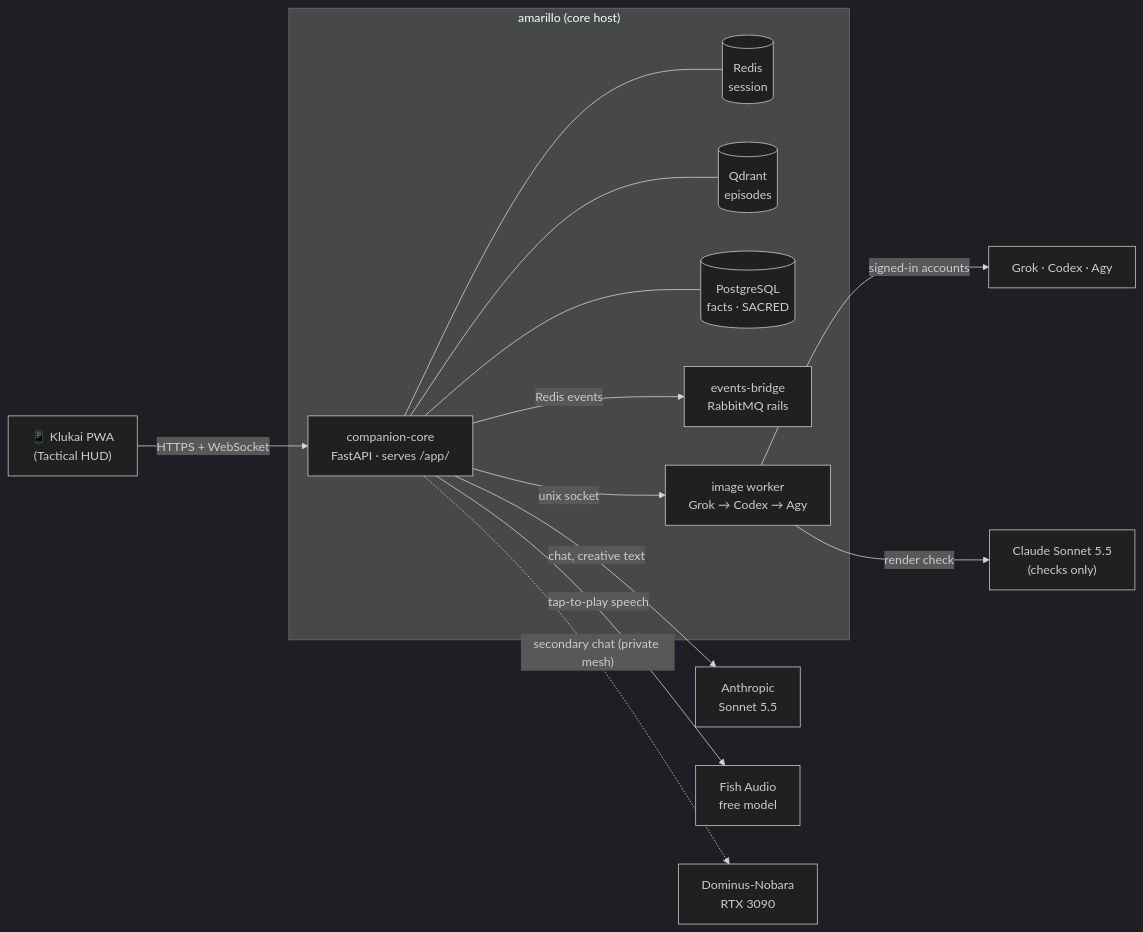
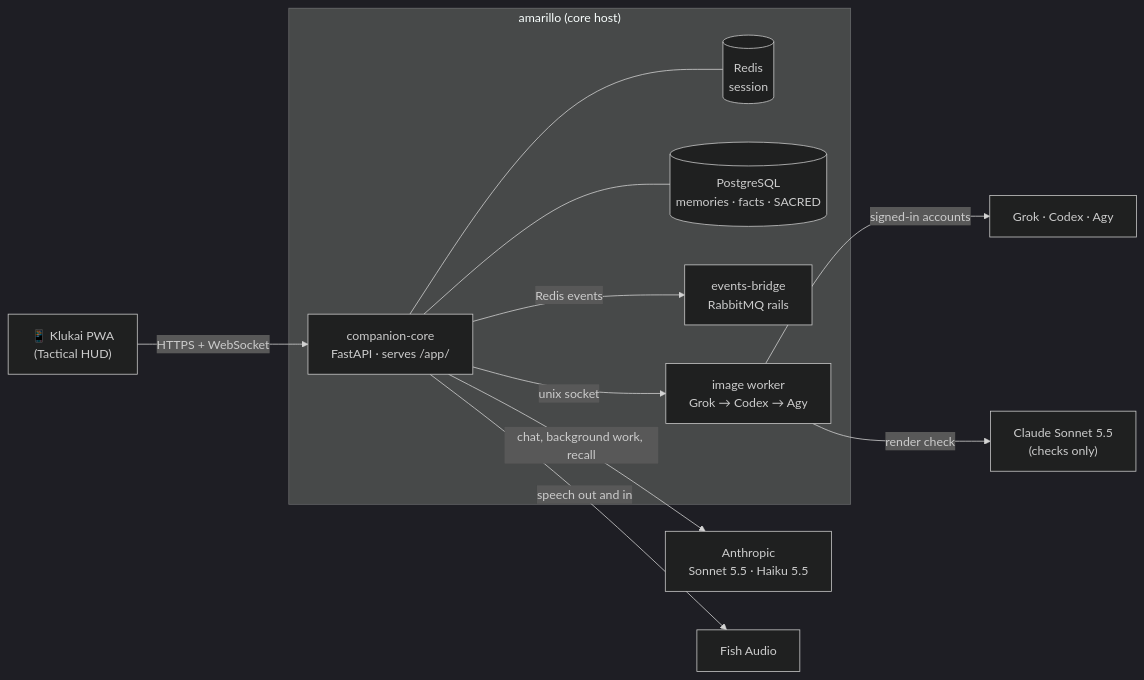
One commit to Al-Sarraf-Tech/klukai changed the first of 3 diagrams in README.md. Above: the diagram before and after it, drawn with Mermaid (dark theme). The commit also changed other lines of this file and 8 other files, not shown here.

First line of the commit message:
docs: record cloud-only AI (ADR-0020) in the README and architecture

````diff
--- a/README.md
+++ b/README.md
@@ -69,22 +69,20 @@
 ```mermaid
 flowchart LR
     phone["📱 Klukai PWA<br/>(Tactical HUD)"] -- "HTTPS + WebSocket" --> core
 
     subgraph amarillo["amarillo (core host)"]
         core["companion-core<br/>FastAPI · serves /app/"]
         redis[("Redis<br/>session")]
-        qdrant[("Qdrant<br/>episodes")]
-        pg[("PostgreSQL<br/>facts · SACRED")]
+        pg[("PostgreSQL<br/>memories · facts · SACRED")]
         bridge["events-bridge<br/>RabbitMQ rails"]
         worker["image worker<br/>Grok → Codex → Agy"]
-        core --- redis & qdrant & pg
+        core --- redis & pg
         core -- "Redis events" --> bridge
         core -- "unix socket" --> worker
     end
 
-    core -- "chat, creative text" --> anthropic["Anthropic<br/>Sonnet 5.5"]
-    core -- "tap-to-play speech" --> fish["Fish Audio<br/>free model"]
+    core -- "chat, background work, recall" --> anthropic["Anthropic<br/>Sonnet 5.5 · Haiku 5.5"]
+    core -- "speech out and in" --> fish["Fish Audio"]
     worker -- "signed-in accounts" --> renderers["Grok · Codex · Agy"]
     worker -- "render check" --> checker["Claude Sonnet 5.5<br/>(checks only)"]
-    core -. "secondary chat (private mesh)" .-> dominus["Dominus-Nobara<br/>RTX 3090"]
 ```
````
